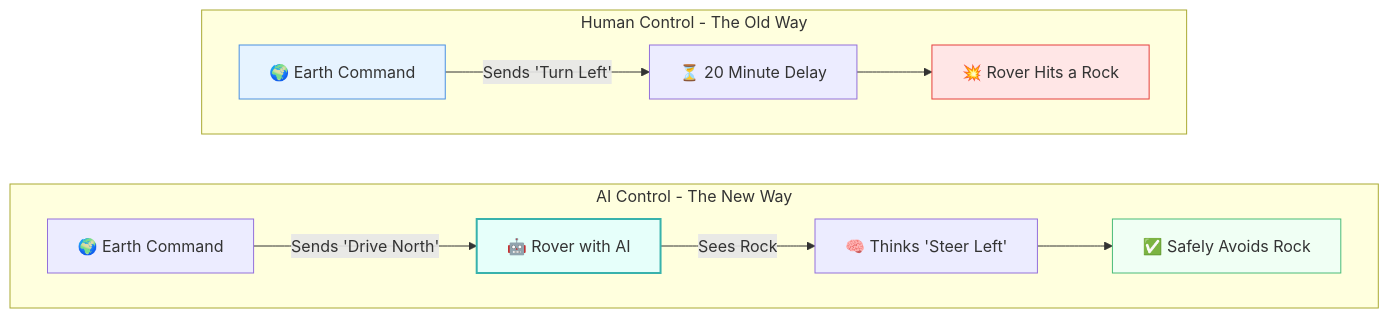
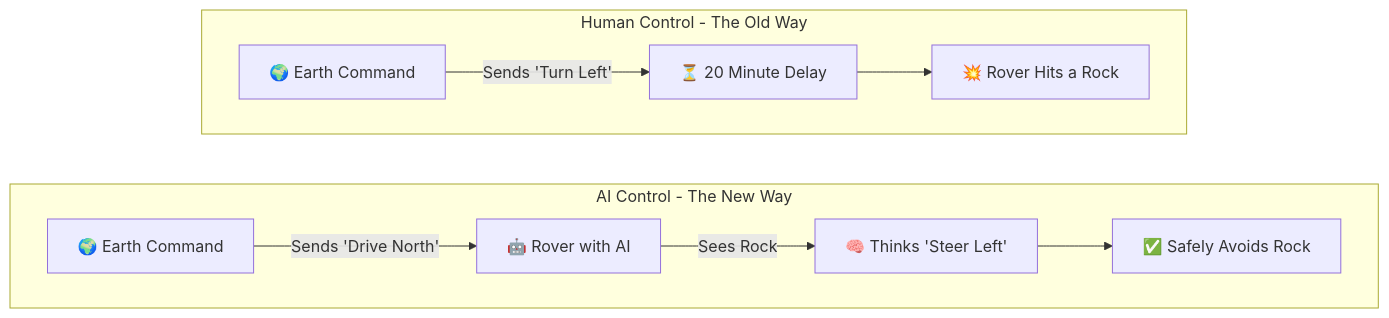
One commit to vdonthireddy/ai-knowledge-base changed the first of 2 diagrams in line22_space_exploration.md. Above: the diagram before and after it, drawn with Mermaid. The commit also changed other lines of this file and 30 other files, not shown here.

Commit message:
chore: Rename files and fix mermaid diagram styles for dark mode compatibility

````diff
--- a/line22_space_exploration.md
+++ b/line22_space_exploration.md
@@ -25,22 +25,18 @@
 ```mermaid
 graph TD
     subgraph Human Control - The Old Way
         direction LR
         Earth[🌍 Earth Command] -->|Sends 'Turn Left'| Delay[⏳ 20 Minute Delay] 
         Delay --> Rover[💥 Rover Hits a Rock]
     end
 
     Rover ~~~ AI_Rover
 
     subgraph AI Control - The New Way
         direction LR
         Earth2[🌍 Earth Command] -->|Sends 'Drive North'| AI_Rover[🤖 Rover with AI]
         AI_Rover -->|Sees Rock| Process[🧠 Thinks 'Steer Left'] 
         Process --> Turn[✅ Safely Avoids Rock]
     end
 
-    style Earth fill:#e6f3ff,stroke:#4a90e2
-    style Rover fill:#ffe6e6,stroke:#e53e3e
-    style AI_Rover fill:#e6fffa,stroke:#38b2ac,stroke-width:2px
-    style Turn fill:#f0fff4,stroke:#48bb78
 ```
````
